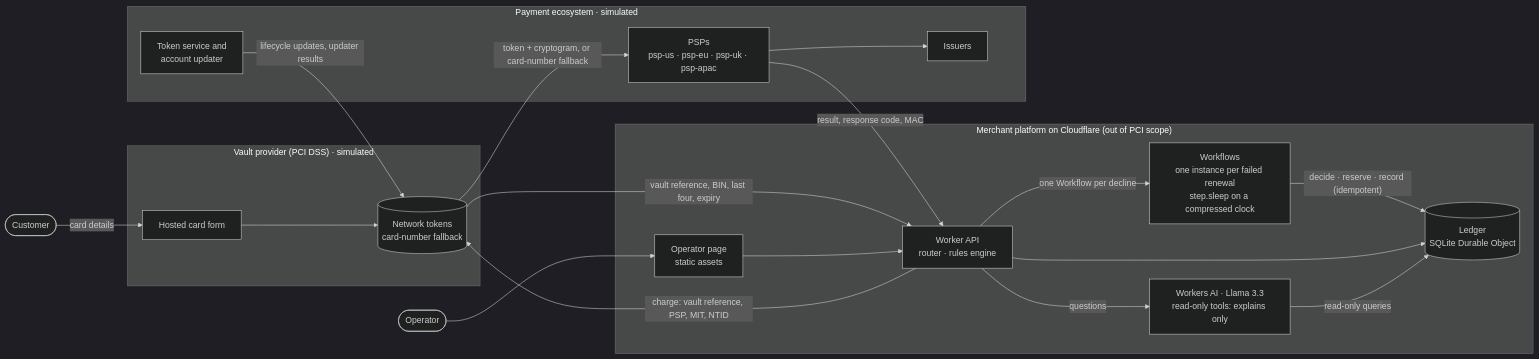
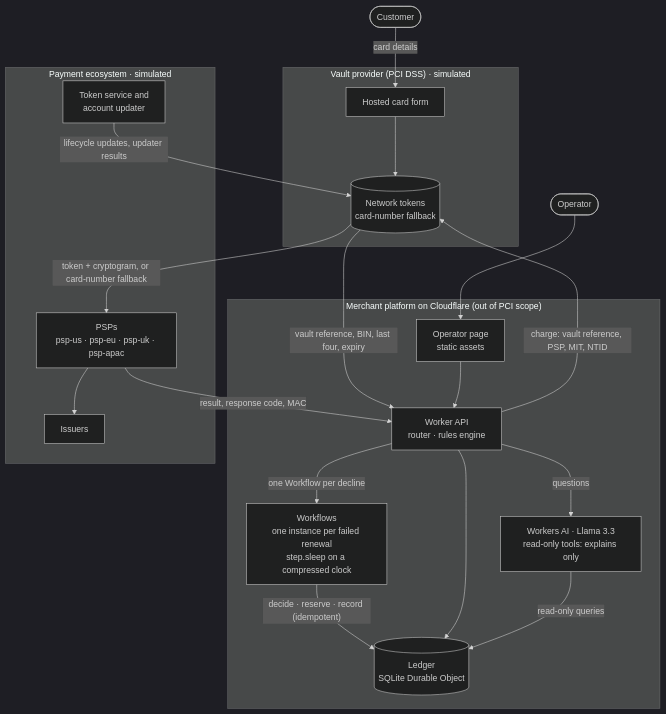
Before and after one commit to bi-ah/card-on-file-decline-recovery: the second of 3 diagrams in README.md, drawn with Mermaid (dark theme). The commit also changed 6 other files, not shown here.

````diff
--- a/README.md
+++ b/README.md
@@ -115,37 +115,37 @@
 ```mermaid
-flowchart LR
+flowchart TB
     Customer(["Customer"])
     Operator(["Operator"])
 
     subgraph VAULT["Vault provider (PCI DSS) · simulated"]
         Form["Hosted card form"]
         Vault[("Network tokens<br/>card-number fallback")]
     end
 
     subgraph CF["Merchant platform on Cloudflare (out of PCI scope)"]
         Page["Operator page<br/>static assets"]
         API["Worker API<br/>router · rules engine"]
         WF["Workflows<br/>one instance per failed renewal<br/>step.sleep on a compressed clock"]
         Ledger[("Ledger<br/>SQLite Durable Object")]
         AI["Workers AI · Llama 3.3<br/>read-only tools: explains only"]
     end
 
     subgraph NET["Payment ecosystem · simulated"]
         PSP["PSPs<br/>psp-us · psp-eu · psp-uk · psp-apac"]
         TS["Token service and<br/>account updater"]
         Iss["Issuers"]
     end
 
     Customer -- "card details" --> Form --> Vault
     Vault -- "vault reference, BIN, last four, expiry" --> API
     API -- "charge: vault reference, PSP, MIT, NTID" --> Vault
     Vault -- "token + cryptogram, or card-number fallback" --> PSP --> Iss
     TS -- "lifecycle updates, updater results" --> Vault
     PSP -- "result, response code, MAC" --> API
     API -- "one Workflow per decline" --> WF
     WF -- "decide · reserve · record (idempotent)" --> Ledger
     API --> Ledger
     Operator --> Page --> API
     API -- "questions" --> AI
     AI -- "read-only queries" --> Ledger
 ```
````
